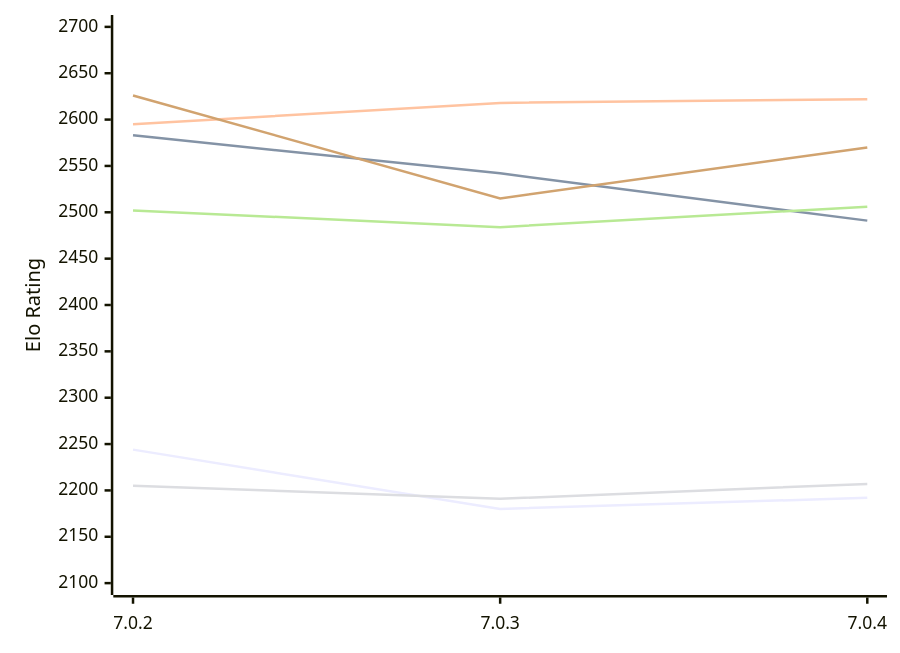
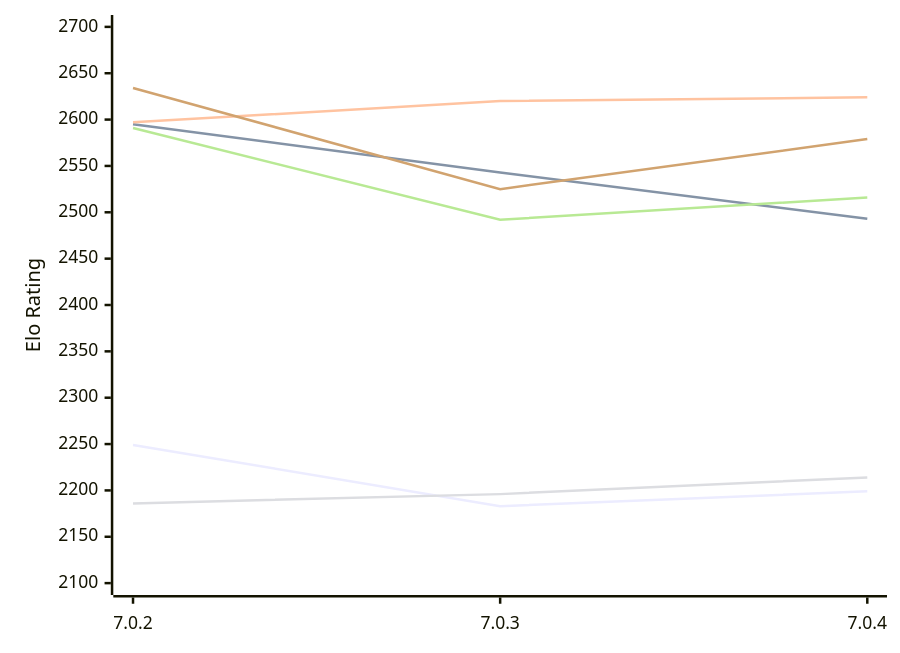
Before and after one commit to computer-chess-index/cci: the diagram in engines/Buster.md, drawn with Mermaid. The commit also changed other lines of this file, not shown here.

Commit message:
Update CCI Ratings (ELO VLTC) - 2026-11-25

````diff
--- a/engines/Buster.md
+++ b/engines/Buster.md
@@ -51,12 +51,12 @@
 ```mermaid
 %%{init: {"theme":"base","themeVariables":{"seriesColors:['#a3a3a3','#222221','#faa371']}}}%%
 xychart-beta
   x-axis ["7.0.2", "7.0.3", "7.0.4"]
   y-axis "Elo Rating" 2100 --> 2700
-  line "E1: STC (8.0+0.08s)" [2244, 2180, 2192]
-  line "E1: LTC (60.0+0.60s)" [2583, 2542, 2491]
-  line "E1: VLTC (2m24s+1.12s)" [2595, 2618, 2622]
-  line "P1: STC (8.0+0.08s)" [2205, 2191, 2207]
-  line "P1: LTC (60.0+0.60s)" [2502, 2484, 2506]
-  line "P1: VLTC (2m24s+1.12s)" [2626, 2515, 2570]
+  line "E1: STC (8.0+0.08s)" [2249, 2183, 2199]
+  line "E1: LTC (60.0+0.60s)" [2595, 2543, 2493]
+  line "E1: VLTC (2m24s+1.12s)" [2597, 2620, 2624]
+  line "P1: STC (8.0+0.08s)" [2186, 2196, 2214]
+  line "P1: LTC (60.0+0.60s)" [2591, 2492, 2516]
+  line "P1: VLTC (2m24s+1.12s)" [2634, 2525, 2579]
 ```
````
